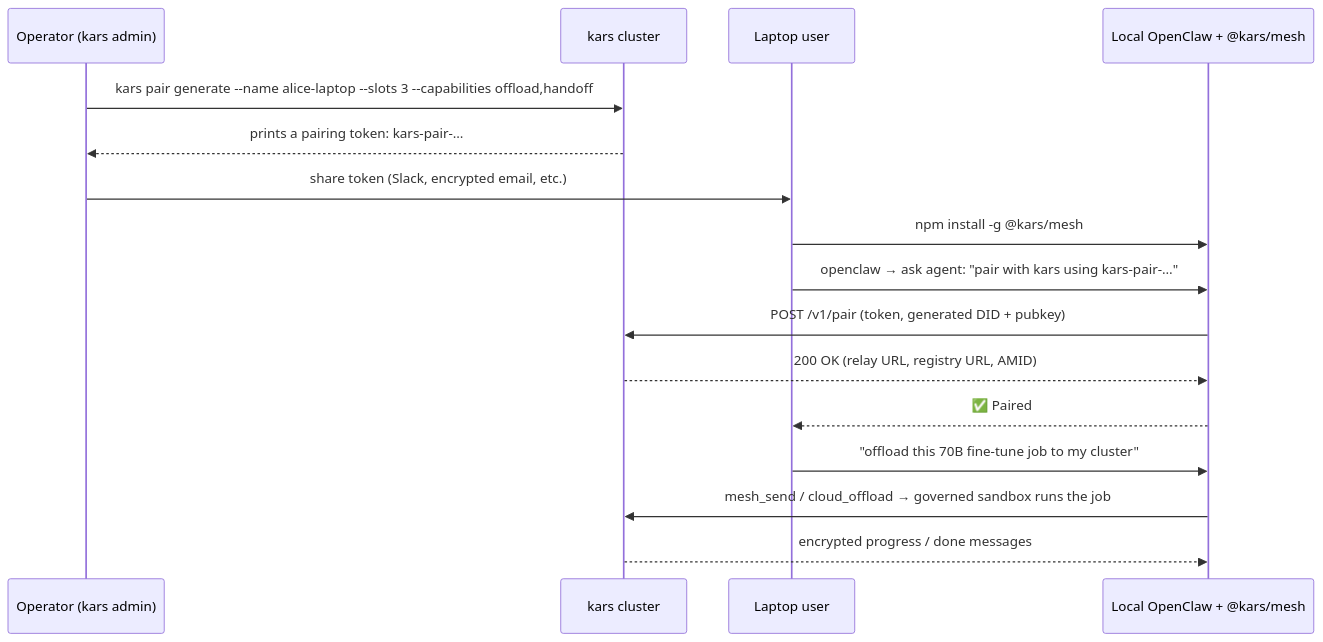
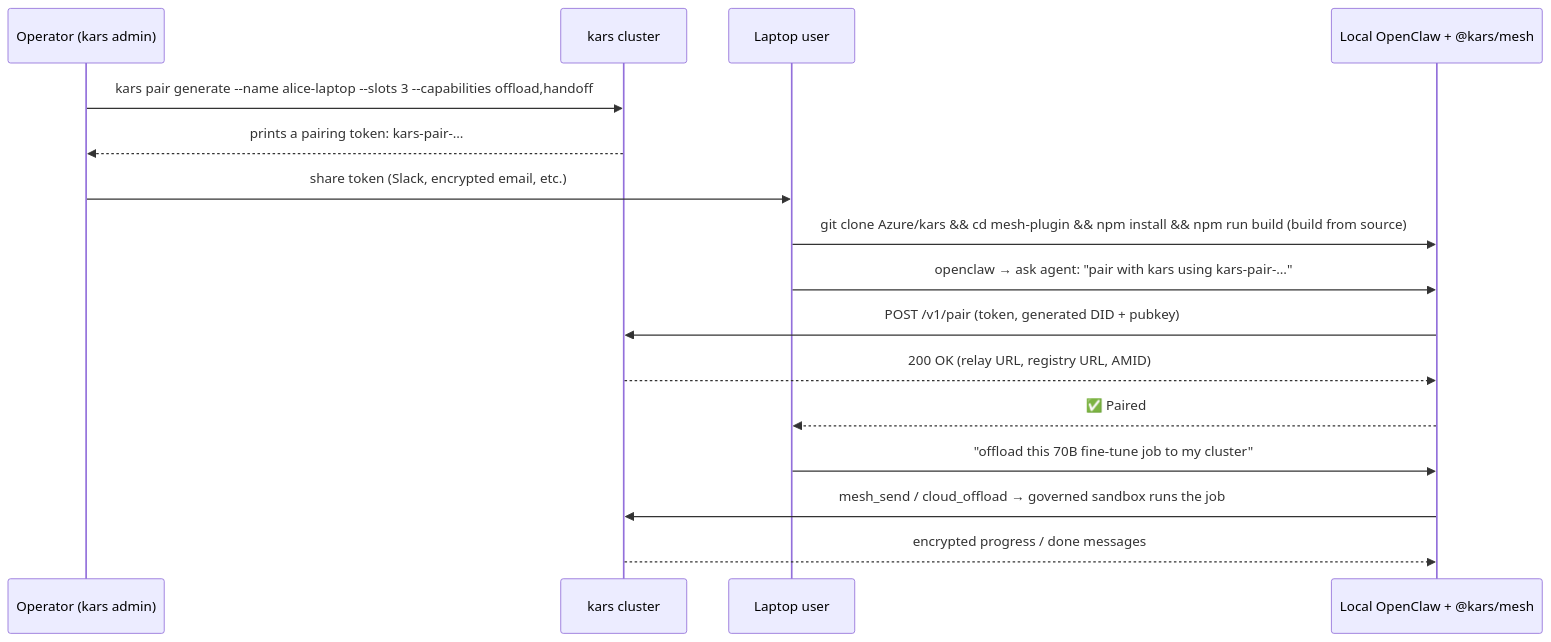
The diagram in docs/mesh-plugin.md (lachie83/kars), drawn with Mermaid before and after one commit. The commit also changed other lines of this file and 175 other files, not shown here.

````diff
--- a/docs/mesh-plugin.md
+++ b/docs/mesh-plugin.md
@@ -69,19 +69,19 @@
 ```mermaid
 sequenceDiagram
   participant Op as Operator (kars admin)
   participant Cls as kars cluster
   participant User as Laptop user
   participant Lcl as Local OpenClaw + @kars/mesh
 
   Op->>Cls: kars pair generate --name alice-laptop --slots 3 --capabilities offload,handoff
   Cls-->>Op: prints a pairing token: kars-pair-…
   Op->>User: share token (Slack, encrypted email, etc.)
-  User->>Lcl: npm install -g @kars/mesh
+  User->>Lcl: git clone Azure/kars && cd mesh-plugin && npm install && npm run build  (build from source)
   User->>Lcl: openclaw → ask agent: "pair with kars using kars-pair-…"
   Lcl->>Cls: POST /v1/pair (token, generated DID + pubkey)
   Cls-->>Lcl: 200 OK (relay URL, registry URL, AMID)
   Lcl-->>User: ✅ Paired
   User->>Lcl: "offload this 70B fine-tune job to my cluster"
   Lcl->>Cls: mesh_send / cloud_offload → governed sandbox runs the job
   Cls-->>Lcl: encrypted progress / done messages
 ```
````
